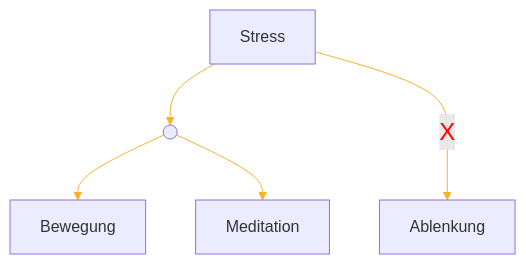
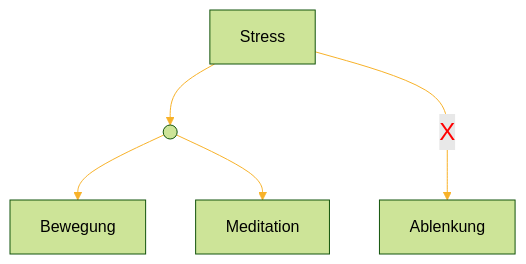
Before and after one commit to lueck1803/interia-PT: the diagram in inertia PT/General/Therapie.md, drawn with Mermaid. The commit also changed other lines of this file, not shown here.

````diff
--- a/inertia PT/General/Therapie.md
+++ b/inertia PT/General/Therapie.md
@@ -8,38 +12,37 @@
 ```mermaid
 --- 
 config:
- theme: 'elk'
- 
+ theme: 'forest'
  themeVariables: 
   primaryColor: '#BB2528'   
   primaryTextColor: '#fff' 
   primaryBorderColor: '#7C0000' 
   lineColor: '#F8B229' 
   secondaryColor: '#006100' 
   tertiaryColor: '#fff'
 ---
 flowchart TB
 %% Nodes %%
 	a[Stress]
 	b[Bewegung] 
 	c[Meditation]
 	d[Ablenkung]
 	e@{ shape: sm-circ, label: "Small start" }
 %% Edges %%
 	a --> e
 	e --> b
 	e --> c
 	a -- <span style="font-size:150%;color:red;">X</span> ---> d
 %% With extra "-" the edges are getting longer and the node is shifting to another node level%%
 	
 	%% a-->SubRoles %%
 	
 	%% subgraph SubRoles [Sub Roles] %%
 		%% direction LR %%
 		%% b[Playbook admins] %%
 		%% c[Playbook managers] %%
 		%% d[Playbook global viewers] %%
 		%% b-->c %%
 		%% c-->d %%
 	%% end %%
 ```
````
